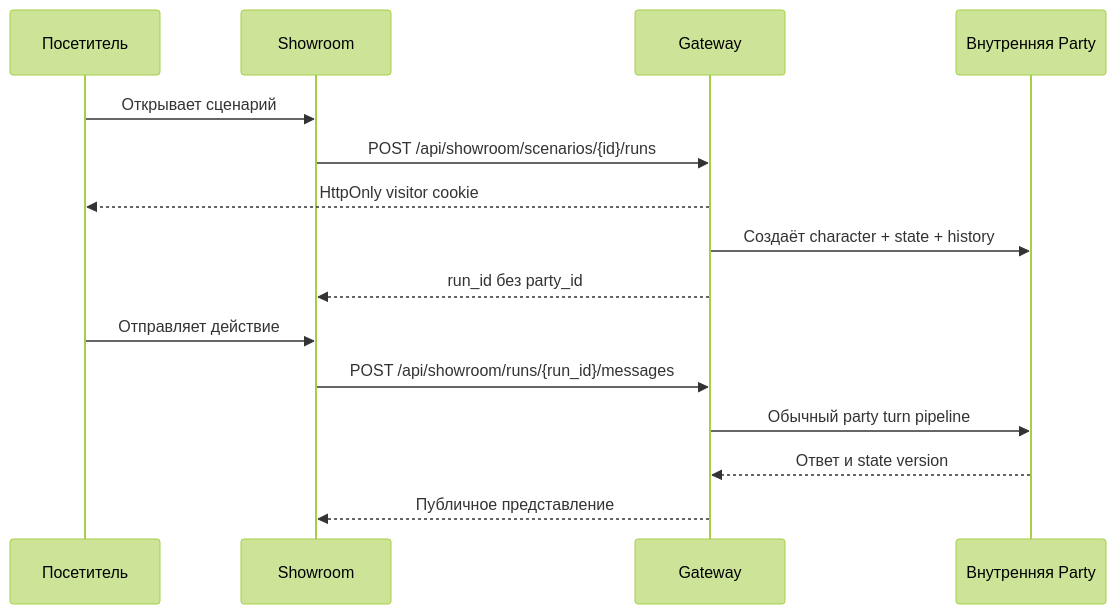
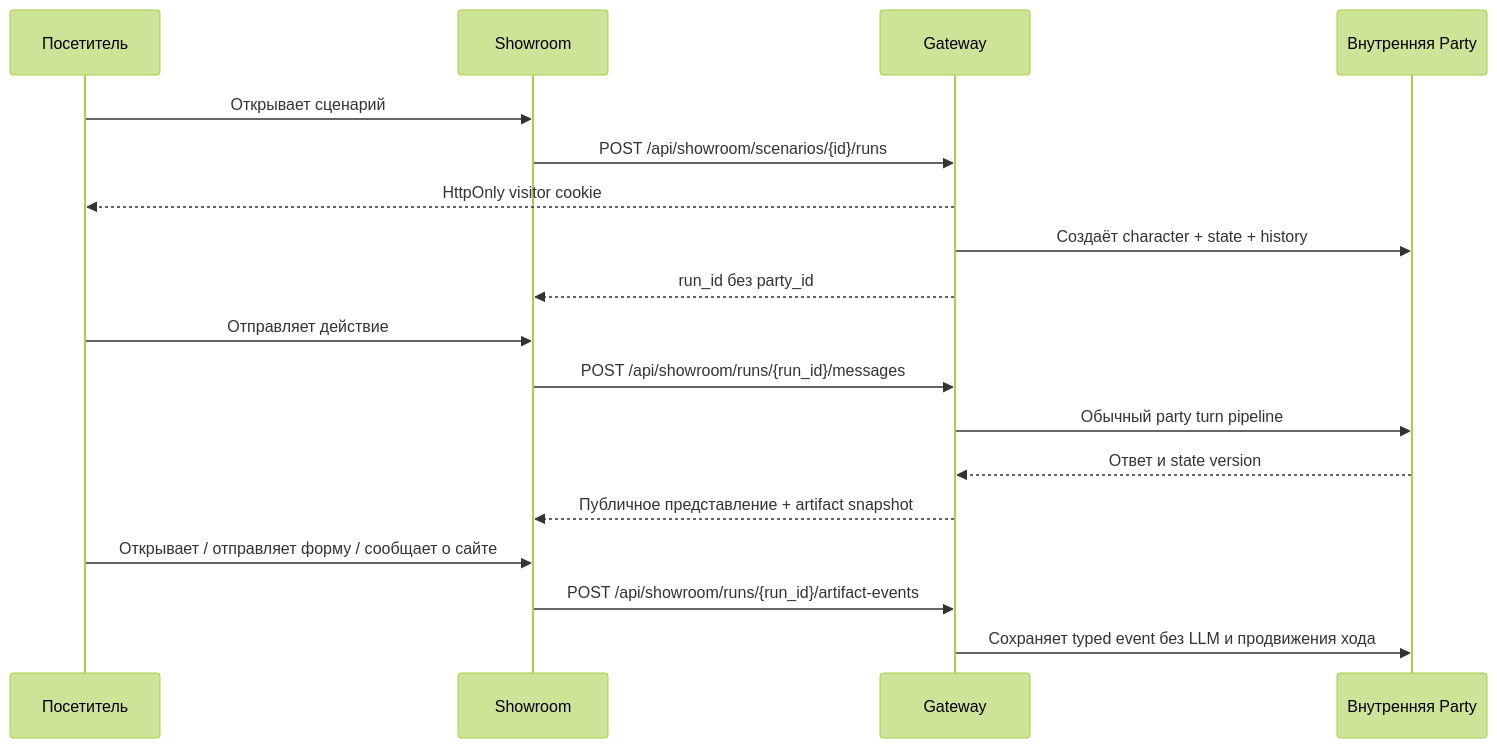
Before and after one commit to abykovwww-byte/ubuntu_ansible_palybooks: the diagram in docs/wiki/02-interfaces.md, drawn with Mermaid (forest theme). The commit also changed other lines of this file and 53 other files, not shown here.

````diff
--- a/docs/wiki/02-interfaces.md
+++ b/docs/wiki/02-interfaces.md
@@ -29,18 +30,21 @@
 ```mermaid
 sequenceDiagram
     participant Visitor as Посетитель
     participant UI as Showroom
     participant GW as Gateway
     participant Party as Внутренняя Party
 
     Visitor->>UI: Открывает сценарий
     UI->>GW: POST /api/showroom/scenarios/{id}/runs
     GW-->>Visitor: HttpOnly visitor cookie
     GW->>Party: Создаёт character + state + history
     GW-->>UI: run_id без party_id
     Visitor->>UI: Отправляет действие
     UI->>GW: POST /api/showroom/runs/{run_id}/messages
     GW->>Party: Обычный party turn pipeline
     Party-->>GW: Ответ и state version
-    GW-->>UI: Публичное представление
+    GW-->>UI: Публичное представление + artifact snapshot
+    Visitor->>UI: Открывает / отправляет форму / сообщает о сайте
+    UI->>GW: POST /api/showroom/runs/{run_id}/artifact-events
+    GW->>Party: Сохраняет typed event без LLM и продвижения хода
 ```
````
